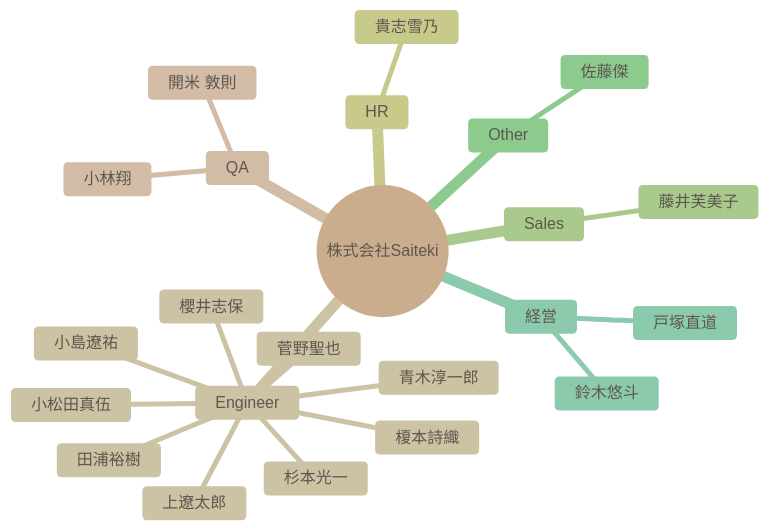
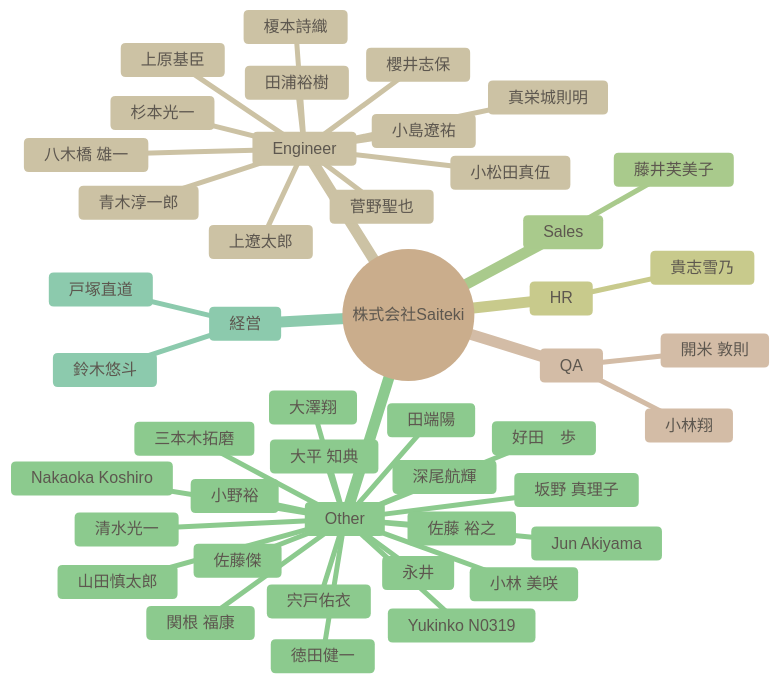
Before and after one commit to Saitekiinc-com/saiteki-employee-management: the diagram in docs/TEAM.md, drawn with Mermaid. The commit also changed other lines of this file and 6 other files, not shown here.

````diff
--- a/docs/TEAM.md
+++ b/docs/TEAM.md
@@ -10,27 +10,49 @@
 ```mermaid
 %%{init: {'theme': 'base', 'themeVariables': {'primaryColor': '#F2EBE3', 'primaryTextColor': '#5D574F', 'primaryBorderColor': '#D9CFC1', 'lineColor': '#BEB3A5', 'secondaryColor': '#FAF9F6', 'tertiaryColor': '#FDFCFB', 'nodeBorder': '1px'}}}%%
 mindmap
   root((株式会社Saiteki))
     Engineer
       杉本光一
       青木淳一郎
       櫻井志保
       田浦裕樹
       上遼太郎
       小松田真伍
       小島遼祐
       菅野聖也
       榎本詩織
+      上原基臣
+      真栄城則明
+      八木橋 雄一
     QA
       小林翔
       開米 敦則
     HR
       貴志雪乃
     Sales
       藤井芙美子
     Other
       佐藤傑
+      Jun Akiyama
+      Nakaoka Koshiro
+      Yukinko N0319
+      永井
+      深尾航輝
+      山田慎太郎
+      小林 美咲
+      徳田健一
+      大澤翔
+      佐藤 裕之
+      好田　歩
+      田端陽
+      小野裕
+      坂野 真理子
+      清水光一
+      宍戸佑衣
+      関根 福康
+      三本木拓磨
+      大平 知典
     経営
       鈴木悠斗
       戸塚直道
 ```
````
